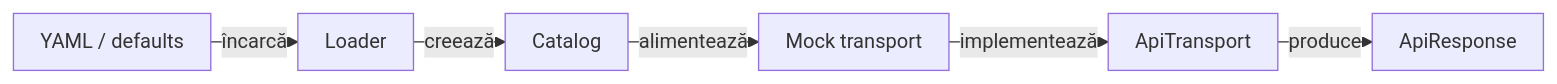
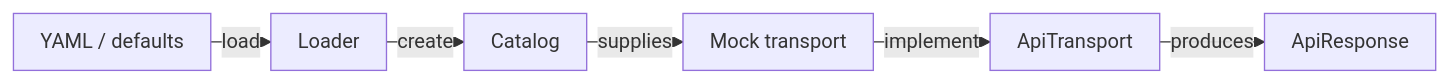
The first of 3 diagrams in atf-mock/README.md (crististefanita/atf_j0), drawn with Mermaid before and after one commit. The commit also changed other lines of this file and 113 other files, not shown here.

````diff
--- a/atf-mock/README.md
+++ b/atf-mock/README.md
@@ -19,9 +21,9 @@
 ```mermaid
 %%{init: {"themeVariables":{"fontSize":"15px"},"themeCSS":".nodeLabel, .nodeLabel p { font-size: 15px !important; line-height: 1.35 !important; } .edgeLabel, .edgeLabel p { font-size: 12px !important; font-weight: 400 !important; line-height: 1.2 !important; } .edgeLabel .labelBkg, .edgeLabel p { background: transparent !important; } .edgeLabel foreignObject { transform: translateY(-18px); overflow: visible; } .node rect { rx: 6px; ry: 6px; }","flowchart":{"curve":"linear","nodeSpacing":24,"rankSpacing":16,"padding":10,"diagramPadding":16}}}%%
 flowchart LR
-    Source["YAML / defaults"] -->|încarcă| Loader["Loader"]
-    Loader -->|creează| Catalog["Catalog"]
-    Catalog -->|alimentează| Transport["Mock transport"]
-    Transport -->|implementează| Port["ApiTransport"]
-    Port -->|produce| Response["ApiResponse"]
+    Source["YAML / defaults"] -->|load| Loader["Loader"]
+    Loader -->|create| Catalog["Catalog"]
+    Catalog -->|supplies| Transport["Mock transport"]
+    Transport -->|implement| Port["ApiTransport"]
+    Port -->|produces| Response["ApiResponse"]
 ```
````
